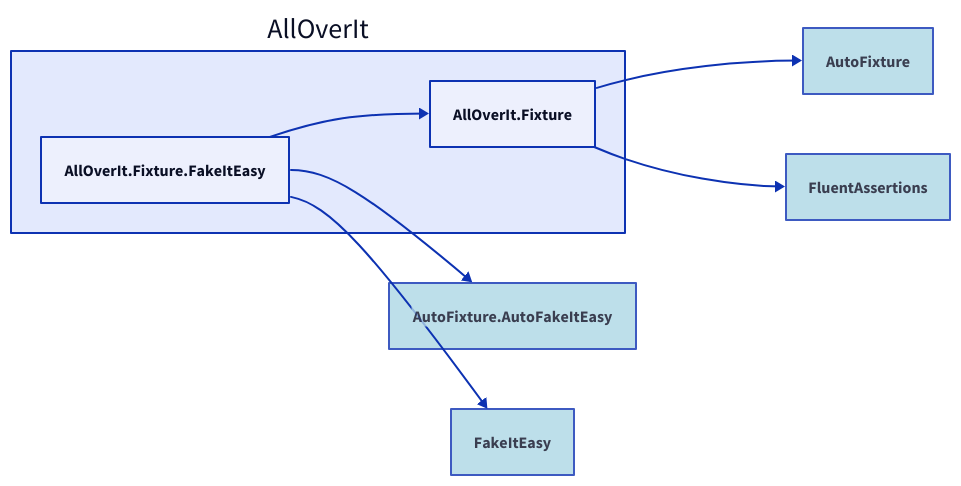
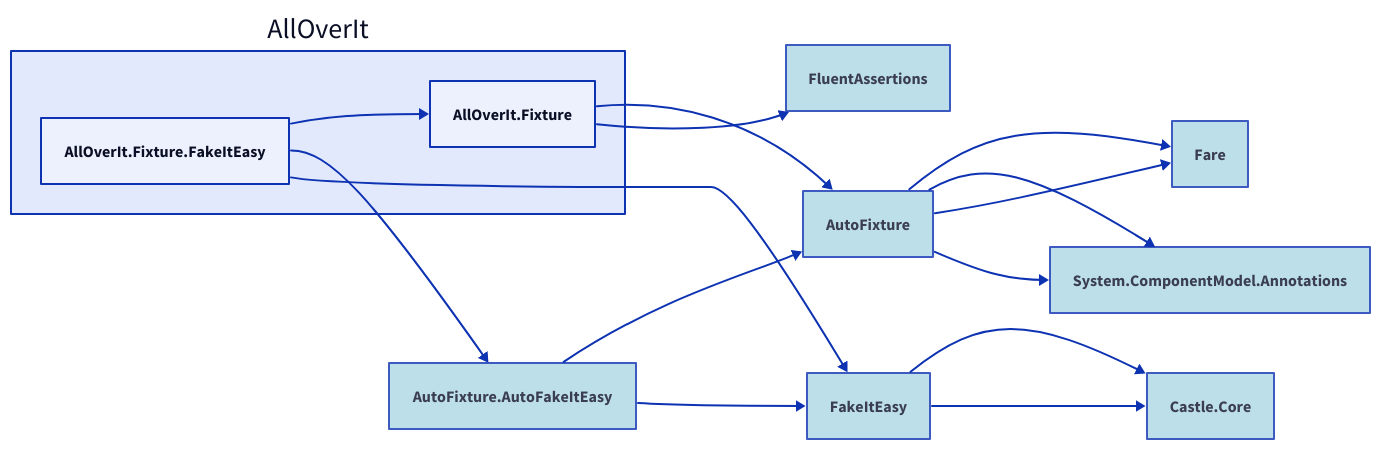
Before and after one commit to nickathone/AllOverIt: the diagram in Docs/Dependencies/alloverit-fixture-fakeiteasy.d2, drawn with D2. The commit also changed 48 other files, not shown here.

Commit message:
Some dependency diagram updates - WIP

```diff
--- a/Docs/Dependencies/alloverit-fixture-fakeiteasy.d2
+++ b/Docs/Dependencies/alloverit-fixture-fakeiteasy.d2
@@ -1,23 +1,40 @@
 direction: right
 
 aoi: AllOverIt
 aoi.alloverit-fixture-fakeiteasy: AllOverIt.Fixture.FakeItEasy
 aoi.alloverit-fixture: AllOverIt.Fixture
 autofixture: AutoFixture
 autofixture.style.fill: lightblue
 autofixture.style.opacity: 0.8
+fare: Fare
+fare.style.fill: lightblue
+fare.style.opacity: 0.8
+system-componentmodel-annotations: System.ComponentModel.Annotations
+system-componentmodel-annotations.style.fill: lightblue
+system-componentmodel-annotations.style.opacity: 0.8
 fluentassertions: FluentAssertions
 fluentassertions.style.fill: lightblue
 fluentassertions.style.opacity: 0.8
 autofixture-autofakeiteasy: AutoFixture.AutoFakeItEasy
 autofixture-autofakeiteasy.style.fill: lightblue
 autofixture-autofakeiteasy.style.opacity: 0.8
 fakeiteasy: FakeItEasy
 fakeiteasy.style.fill: lightblue
 fakeiteasy.style.opacity: 0.8
+castle-core: Castle.Core
+castle-core.style.fill: lightblue
+castle-core.style.opacity: 0.8
 
 aoi.alloverit-fixture <- aoi.alloverit-fixture-fakeiteasy
 autofixture <- aoi.alloverit-fixture
+fare <- autofixture
+system-componentmodel-annotations <- autofixture
 fluentassertions <- aoi.alloverit-fixture
 autofixture-autofakeiteasy <- aoi.alloverit-fixture-fakeiteasy
+autofixture <- autofixture-autofakeiteasy
+fare <- autofixture
+system-componentmodel-annotations <- autofixture
+fakeiteasy <- autofixture-autofakeiteasy
+castle-core <- fakeiteasy
 fakeiteasy <- aoi.alloverit-fixture-fakeiteasy
+castle-core <- fakeiteasy
```
